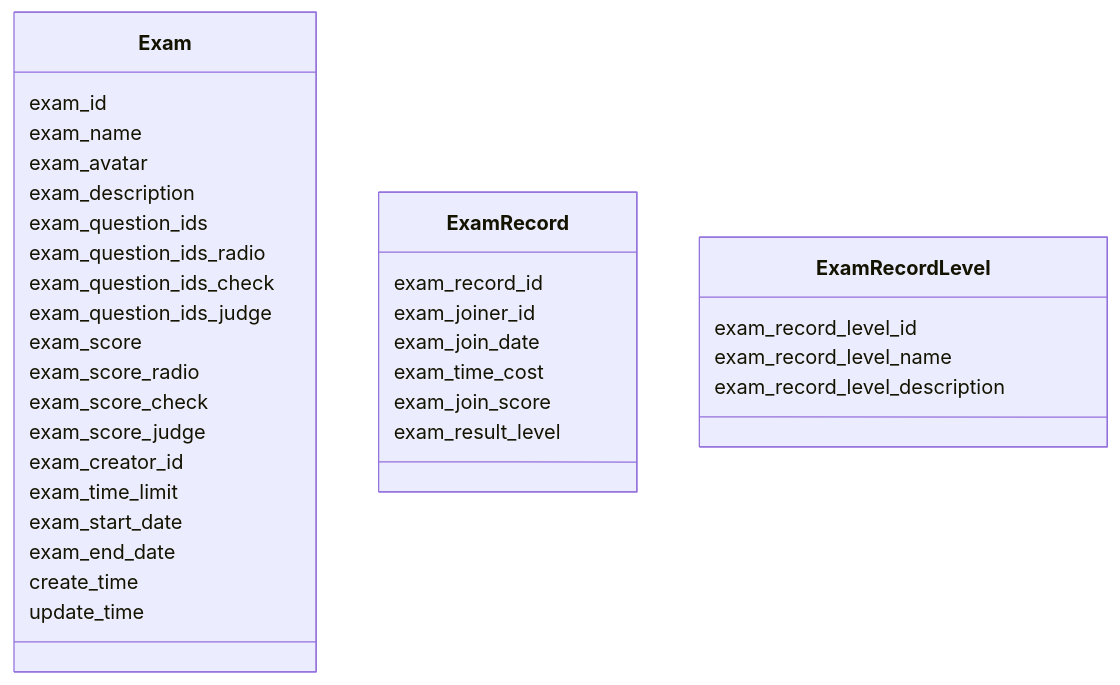
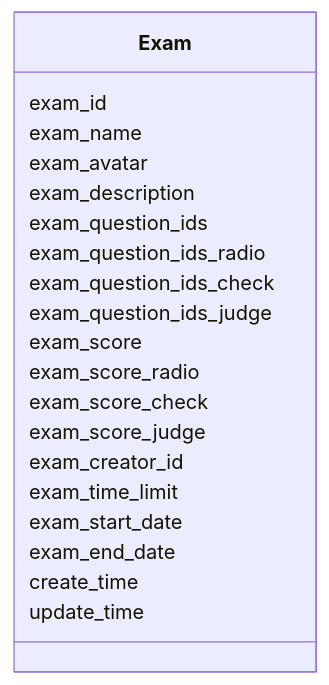
Before and after one commit to HBY-STAR/2024_Spring_CloudNative_Lab: the third of 17 diagrams in docs_hby/lab3-task2-group-8.md, drawn with Mermaid. The commit also changed other lines of this file and 1 other file, not shown here.

````diff
--- a/docs_hby/lab3-task2-group-8.md
+++ b/docs_hby/lab3-task2-group-8.md
@@ -116,37 +121,23 @@
 ```mermaid
 classDiagram
     class Exam {
         exam_id
         exam_name
         exam_avatar
         exam_description
         exam_question_ids
         exam_question_ids_radio
         exam_question_ids_check
         exam_question_ids_judge
         exam_score
         exam_score_radio
         exam_score_check
         exam_score_judge
         exam_creator_id
         exam_time_limit
         exam_start_date
         exam_end_date
         create_time
         update_time
         }
-    class ExamRecord {
-        exam_record_id
-        exam_joiner_id
-        exam_join_date
-        exam_time_cost
-        exam_join_score
-        exam_result_level
-    }
-       
-    class ExamRecordLevel {
-        exam_record_level_id
-        exam_record_level_name
-        exam_record_level_description
-    }
 ```
````
